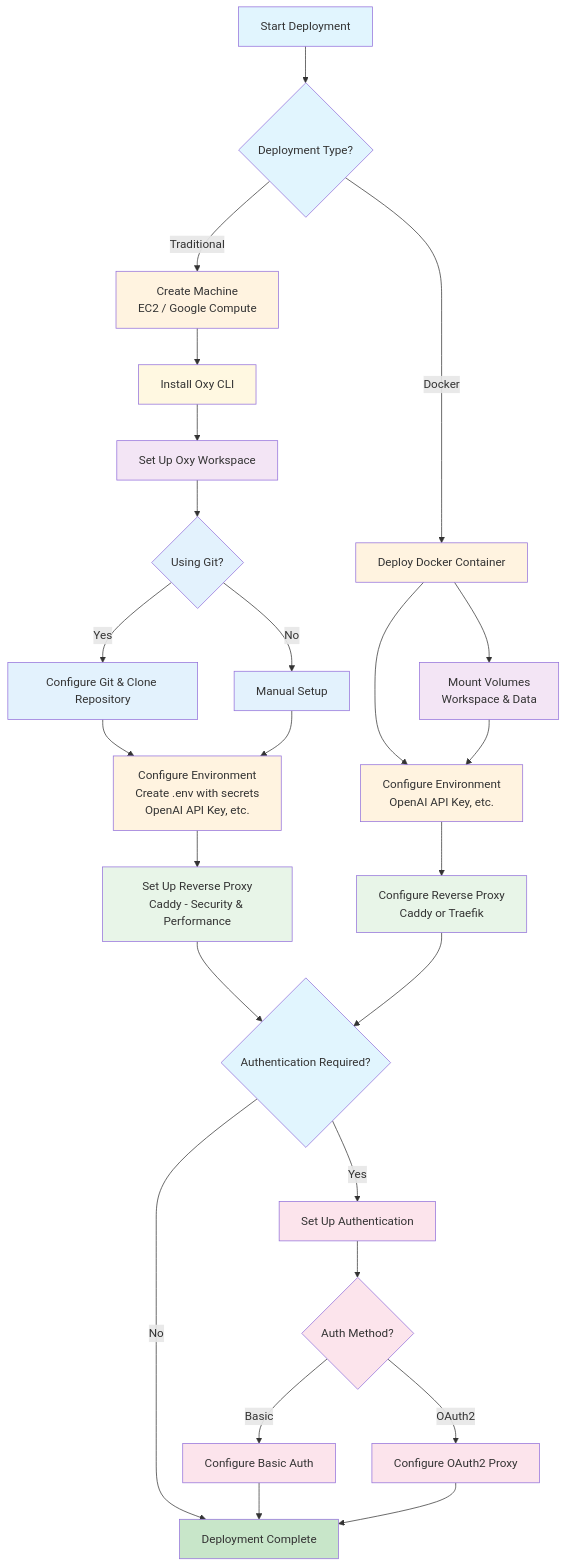
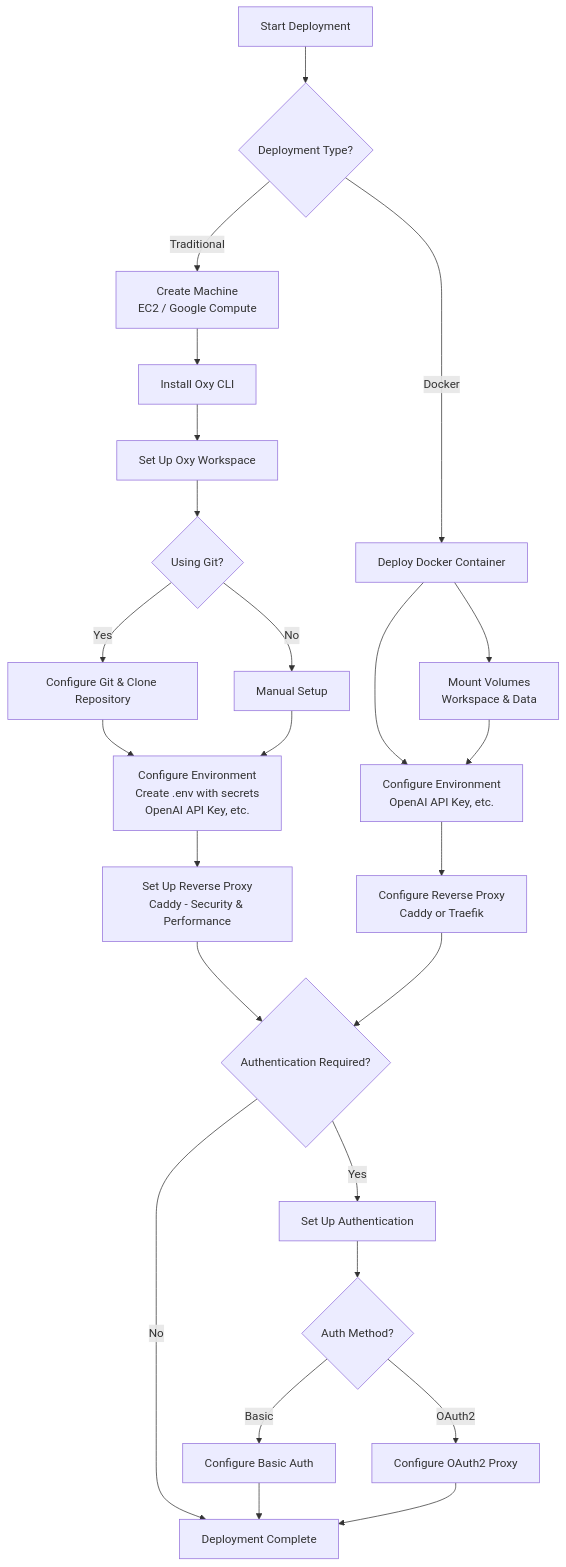
The first of 2 diagrams in docs/deployment/index.mdx (oxy-hq/oxy), drawn with Mermaid before and after one commit. The commit also changed other lines of this file and 1 other file, not shown here.

Commit message:
docs: improve docs

````diff
--- a/docs/deployment/index.mdx
+++ b/docs/deployment/index.mdx
@@ -28,48 +28,28 @@
 ```mermaid
 flowchart TD
     A[Start Deployment] --> Z{Deployment Type?}
     Z -->|Traditional| B[Create Machine\nEC2 / Google Compute]
     Z -->|Docker| Docker[Deploy Docker Container]
     B --> C[Install Oxy CLI]
     C --> E[Set Up Oxy Workspace]
     E --> F{Using Git?}
     F -->|Yes| G[Configure Git & Clone Repository]
     F -->|No| H[Manual Setup]
     G --> I[Configure Environment\nCreate .env with secrets\nOpenAI API Key, etc.]
     H --> I
     I --> D[Set Up Reverse Proxy\nCaddy - Security & Performance]
     Docker --> DockerV[Mount Volumes\nWorkspace & Data]
     Docker --> DockerE[Configure Environment\nOpenAI API Key, etc.]
     DockerE --> DockerR[Configure Reverse Proxy\nCaddy or Traefik]
     DockerV --> DockerE
     D --> J{Authentication Required?}
     DockerR --> J
     J -->|Yes| K[Set Up Authentication]
     J -->|No| L[Deployment Complete]
     K --> M{Auth Method?}
     M -->|Basic| N[Configure Basic Auth]
     M -->|OAuth2| O[Configure OAuth2 Proxy]
     N --> L
     O --> L
-    
-    style A fill:#e1f5fe
-    style Z fill:#e1f5fe
-    style B fill:#fff3e0
-    style C fill:#fff8e1
-    style D fill:#e8f5e8
-    style Docker fill:#fff3e0
-    style DockerV fill:#f3e5f5
-    style DockerE fill:#fff3e0
-    style DockerR fill:#e8f5e8
-    style E fill:#f3e5f5
-    style F fill:#e3f2fd
-    style G fill:#e3f2fd
-    style H fill:#e3f2fd
-    style I fill:#fff3e0
-    style J fill:#e1f5fe
-    style K fill:#fce4ec
-    style M fill:#fce4ec
-    style N fill:#fce4ec
-    style O fill:#fce4ec
-    style L fill:#c8e6c9
+
 ```
````
